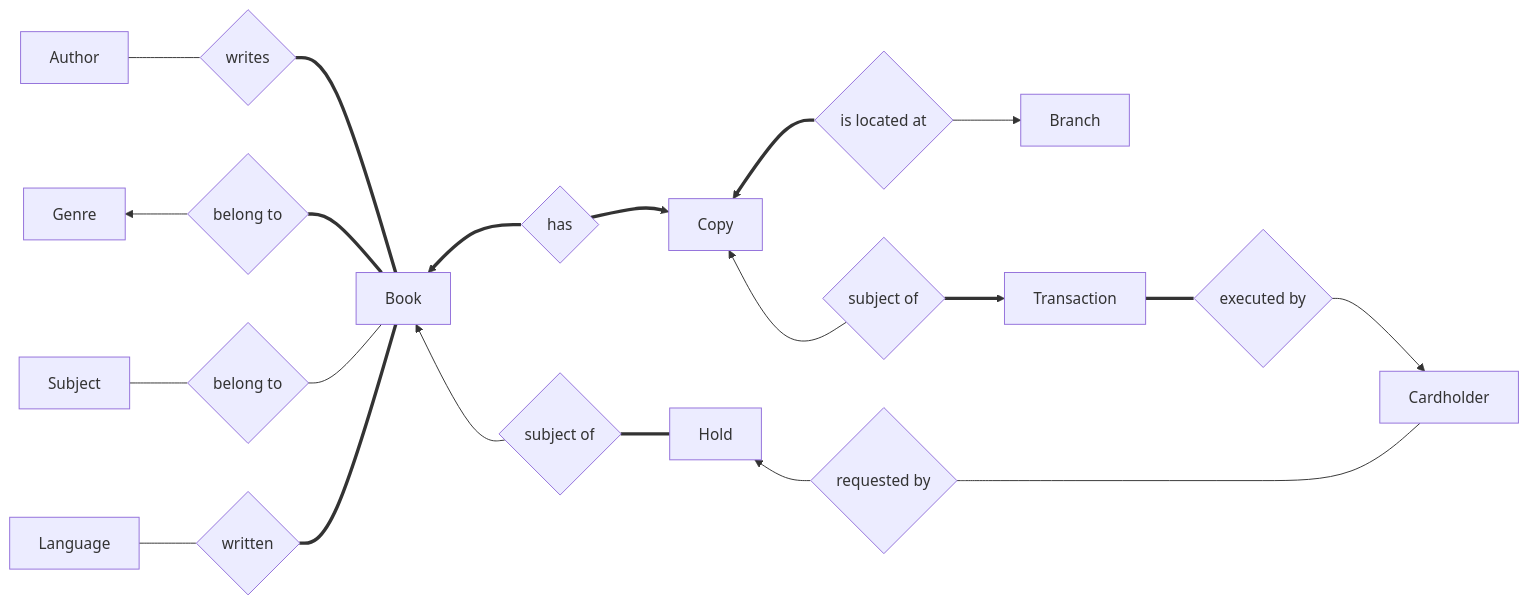
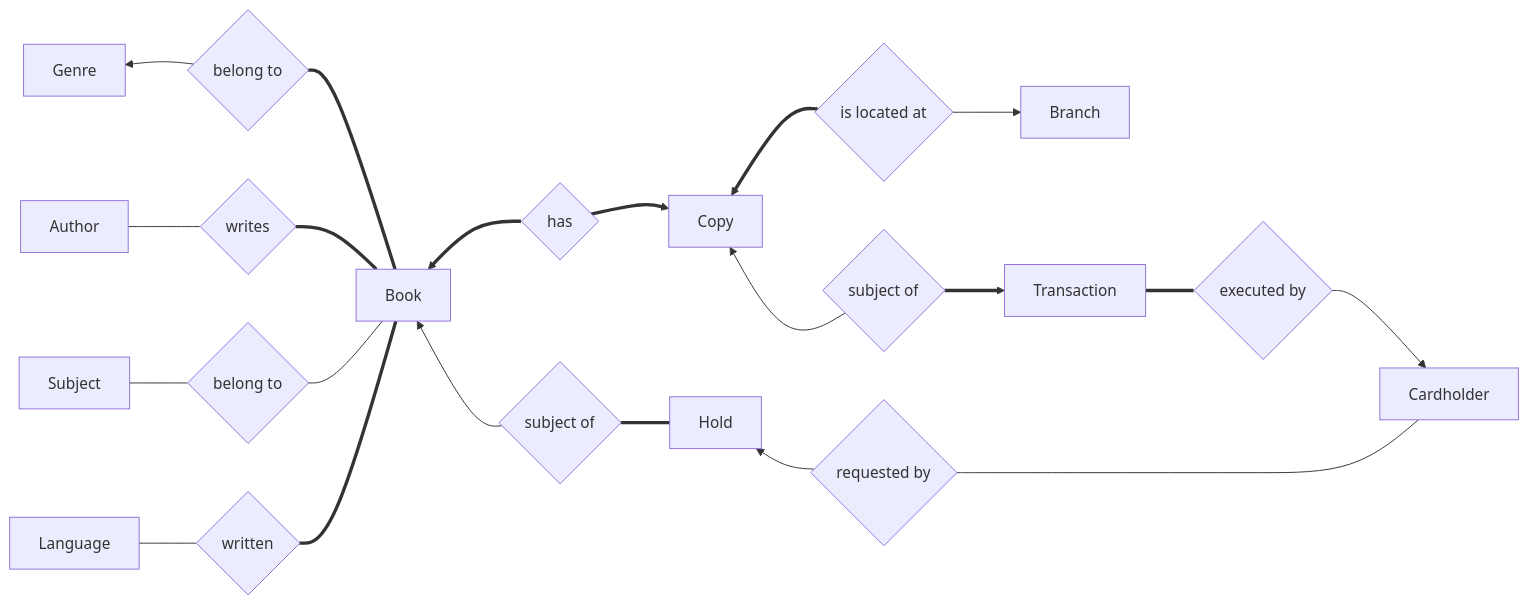
The diagram in deliverable_1.md (kelzzzz/CS425-ChiPub), drawn with Mermaid before and after one commit.

Commit message:
INCOMPLETE clarification by comments.

````diff
--- a/deliverable_1.md
+++ b/deliverable_1.md
@@ -28,41 +28,48 @@
 ```mermaid
 graph LR
+    %% an Author can write
     A[Author] --- AB{writes}
-    AB === B[Book]
 
+    %% 1 Genre can contain one or more books
+    %% every book belongs to a Genre
     G[Genre] ~~~ GB{belong to} --> G
-    GB ~~~ G
+    GB ~~~ G 
     GB === B
 
+    %% one or more Subjects can belong
     S[Subject] --- SB{belong to}
+
+    %% one or more Languages can write
+    L[Language] --- LB{written}
+
+    %% every book is written by at least one
+    AB === B[Book]
     SB --- B
-
-    L[Language] --- LB{written}
     LB === B
 
     B ~~~ BC{has} ==> B
     BC ~~~ B
     B ~~~ BH{subject of} --> B
     BH ~~~ B
 
     C[Copy] ~~~ BC ==> C
     BC ~~~ C
 
     C ~~~ CBr{is located at} ==> C
     CBr ~~~ C
 
     C ~~~ CT{subject of} --> C
     CT ~~~ C
 
     BH === H[Hold]
     H ~~~ HCh{requested by} --> H
     HCh ~~~ H
 
     CBr --> Br[Branch]
 
     CT ==> T[Transaction]
     T === TCh{executed by}
 
     TCh --> Ch[Cardholder]
     HCh --- Ch
 ```
````
